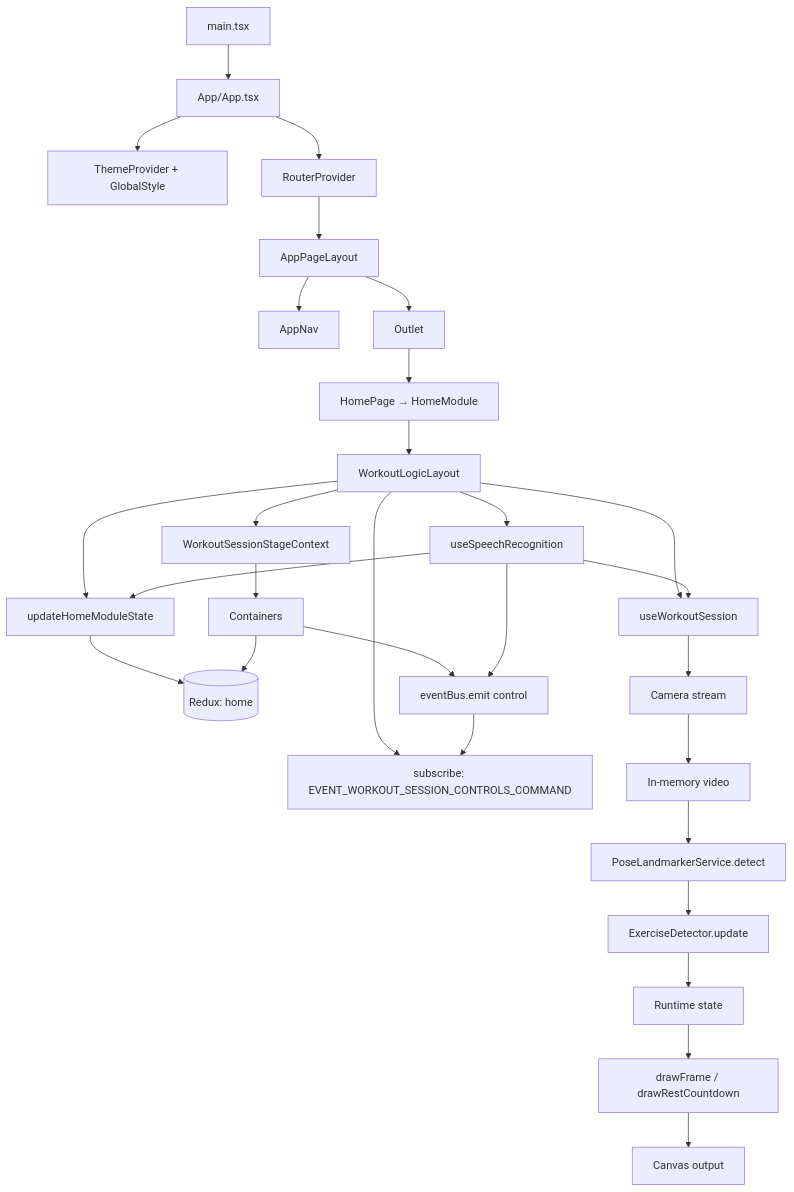
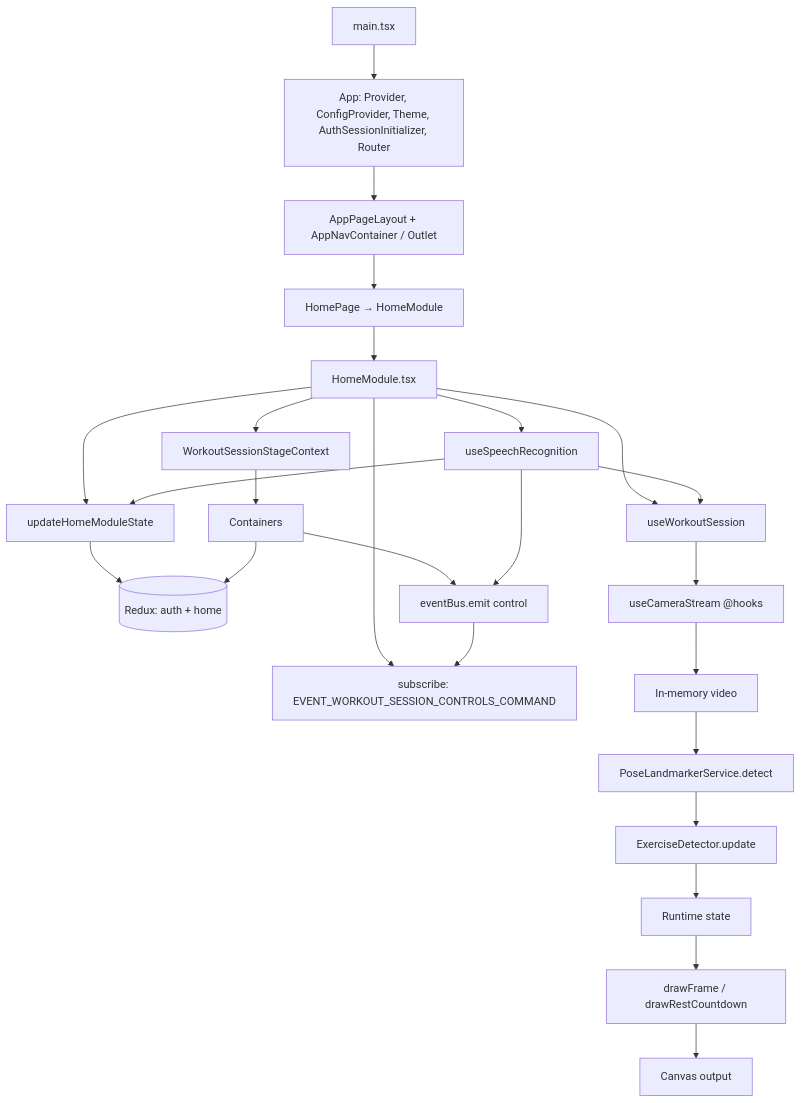
One commit to alexeyabretov00-eng/workout-counter-react changed the diagram in docs/architecture.md. Above: the diagram before and after it, drawn with Mermaid. The commit also changed other lines of this file and 7 other files, not shown here.

````diff
--- a/docs/architecture.md
+++ b/docs/architecture.md
@@ -81,32 +84,28 @@
 ```mermaid
 flowchart TB
-  Main[main.tsx] --> AppMod[App/App.tsx]
-  AppMod --> Theme[ThemeProvider + GlobalStyle]
-  AppMod --> R[RouterProvider]
-  R --> APL[AppPageLayout]
-  APL --> Nav[AppNav]
-  APL --> Out[Outlet]
-  Out --> Home[HomePage → HomeModule]
-  Home --> WLL[WorkoutLogicLayout]
-  WLL --> Session[useWorkoutSession]
-  WLL --> Speech[useSpeechRecognition]
-  WLL --> StageCtx[WorkoutSessionStageContext]
-  WLL --> Patch[updateHomeModuleState]
-  WLL --> EBSub[subscribe: EVENT_WORKOUT_SESSION_CONTROLS_COMMAND]
-  Store[(Redux: home)]
+  Main[main.tsx] --> AppMod[App: Provider, ConfigProvider, Theme, AuthSessionInitializer, Router]
+  AppMod --> APL[AppPageLayout + AppNavContainer / Outlet]
+  APL --> Home[HomePage → HomeModule]
+  Home --> HM[HomeModule.tsx]
+  HM --> Session[useWorkoutSession]
+  HM --> Speech[useSpeechRecognition]
+  HM --> StageCtx[WorkoutSessionStageContext]
+  HM --> Patch[updateHomeModuleState]
+  HM --> EBSub[subscribe: EVENT_WORKOUT_SESSION_CONTROLS_COMMAND]
+  Store[(Redux: auth + home)]
   Patch --> Store
   Cont[Containers] --> Store
   Cont --> EBEmit[eventBus.emit control]
   Speech --> EBEmit
   Speech --> Patch
   EBEmit --> EBSub
   StageCtx --> Cont
   Speech --> Session
-  Session --> Camera[Camera stream]
+  Session --> Camera[useCameraStream @hooks]
   Camera --> Video[In-memory video]
   Video --> Pose[PoseLandmarkerService.detect]
   Pose --> Detector[ExerciseDetector.update]
   Detector --> Runtime[Runtime state]
   Runtime --> Draw[drawFrame / drawRestCountdown]
   Draw --> Canvas[Canvas output]
 ```
````
